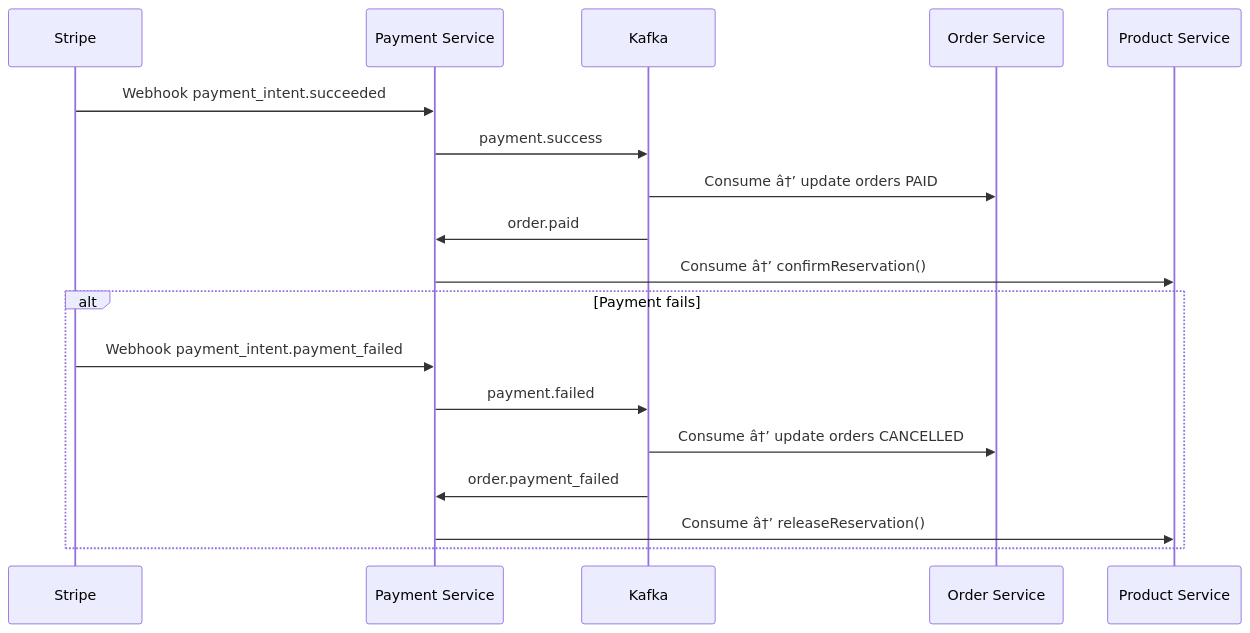
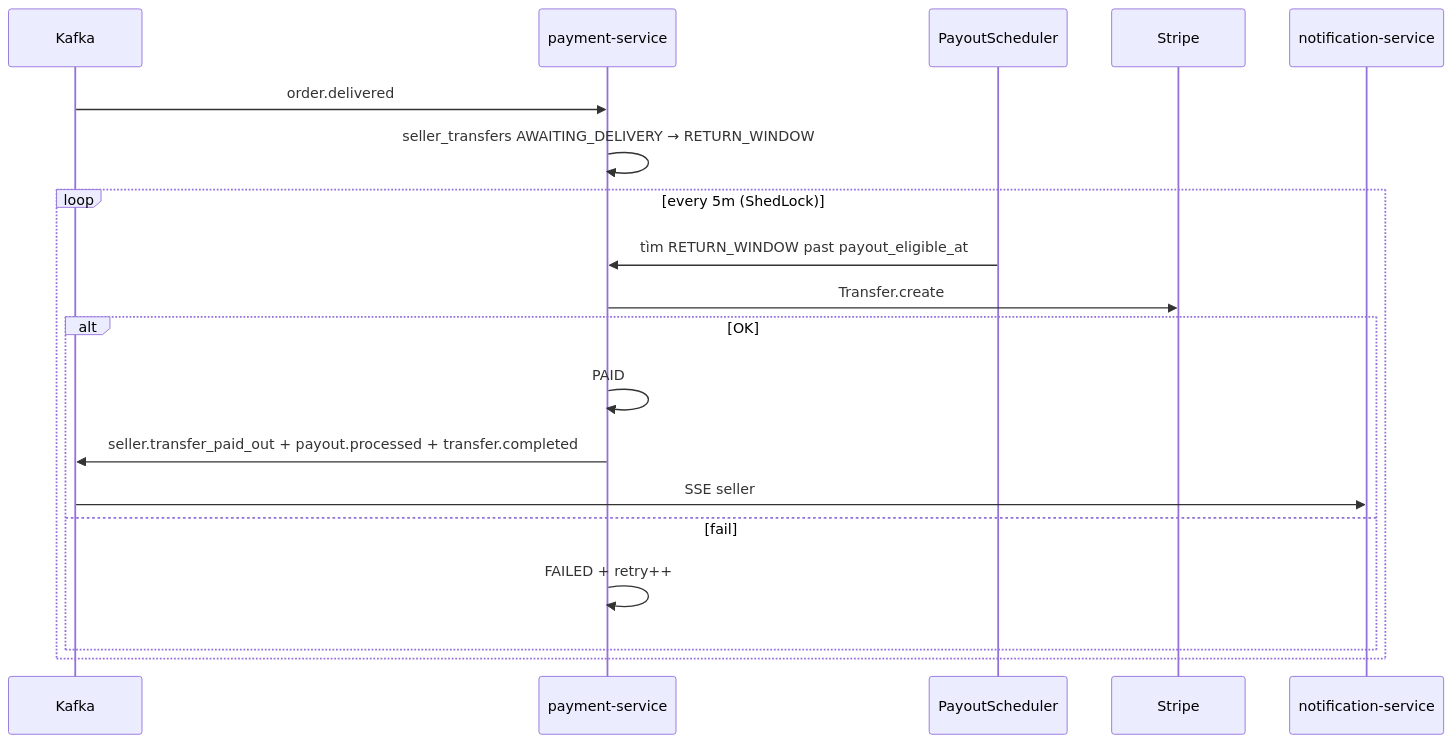
The ninth of 11 diagrams in documents/overview/FLOWS.md (ldqanh1408/stealing-from-paradise), drawn with Mermaid before and after one commit. The commit also changed other lines of this file and 48 other files, not shown here.

````diff
--- a/documents/overview/FLOWS.md
+++ b/documents/overview/FLOWS.md
@@ -232,22 +214,23 @@
 ```mermaid
 sequenceDiagram
-    participant Stripe
-    participant PayS as Payment Service
-    participant Kafka
-    participant OS as Order Service
-    participant PS as Product Service
+    participant K as Kafka
+    participant PA as payment-service
+    participant SCH as PayoutScheduler
+    participant STR as Stripe
+    participant NT as notification-service
 
-    Stripe->>PayS: Webhook payment_intent.succeeded
-    PayS->>Kafka: payment.success
-    Kafka->>OS: Consume â†’ update orders PAID
-    Kafka->>PayS: order.paid
-    PayS->>PS: Consume â†’ confirmReservation()
+    K->>PA: order.delivered
+    PA->>PA: seller_transfers AWAITING_DELIVERY → RETURN_WINDOW
 
-    alt Payment fails
-        Stripe->>PayS: Webhook payment_intent.payment_failed
-        PayS->>Kafka: payment.failed
-        Kafka->>OS: Consume â†’ update orders CANCELLED
-        Kafka->>PayS: order.payment_failed
-        PayS->>PS: Consume â†’ releaseReservation()
+    loop every 5m (ShedLock)
+        SCH->>PA: tìm RETURN_WINDOW past payout_eligible_at
+        PA->>STR: Transfer.create
+        alt OK
+            PA->>PA: PAID
+            PA->>K: seller.transfer_paid_out + payout.processed + transfer.completed
+            K->>NT: SSE seller
+        else fail
+            PA->>PA: FAILED + retry++
+        end
     end
 ```
````
